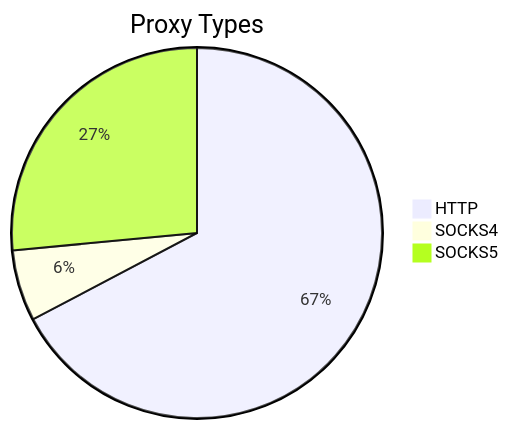
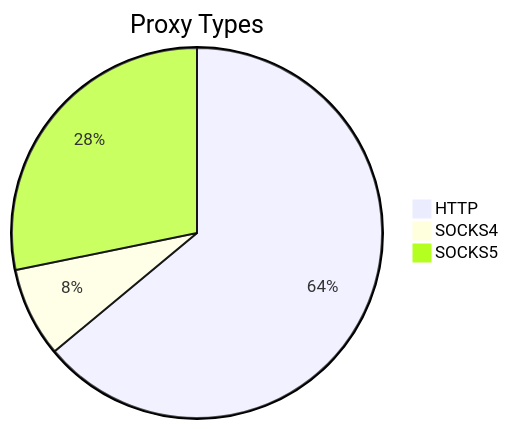
The first of 2 diagrams in README.md (stormsia/proxy-list), drawn with Mermaid before and after one commit. The commit also changed other lines of this file, not shown here.

````diff
--- a/README.md
+++ b/README.md
@@ -21,6 +21,6 @@
 ```mermaid
 pie title Proxy Types
-    "HTTP" : 325
-    "SOCKS4" : 30
-    "SOCKS5" : 128
+    "HTTP" : 229
+    "SOCKS4" : 28
+    "SOCKS5" : 101
 ```
````
